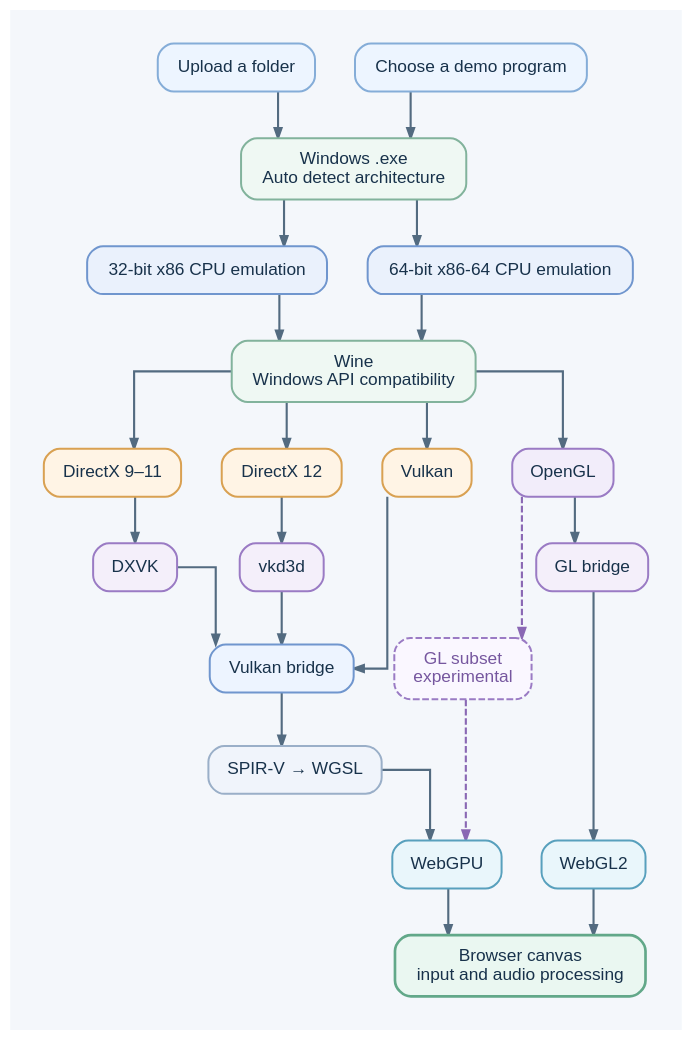
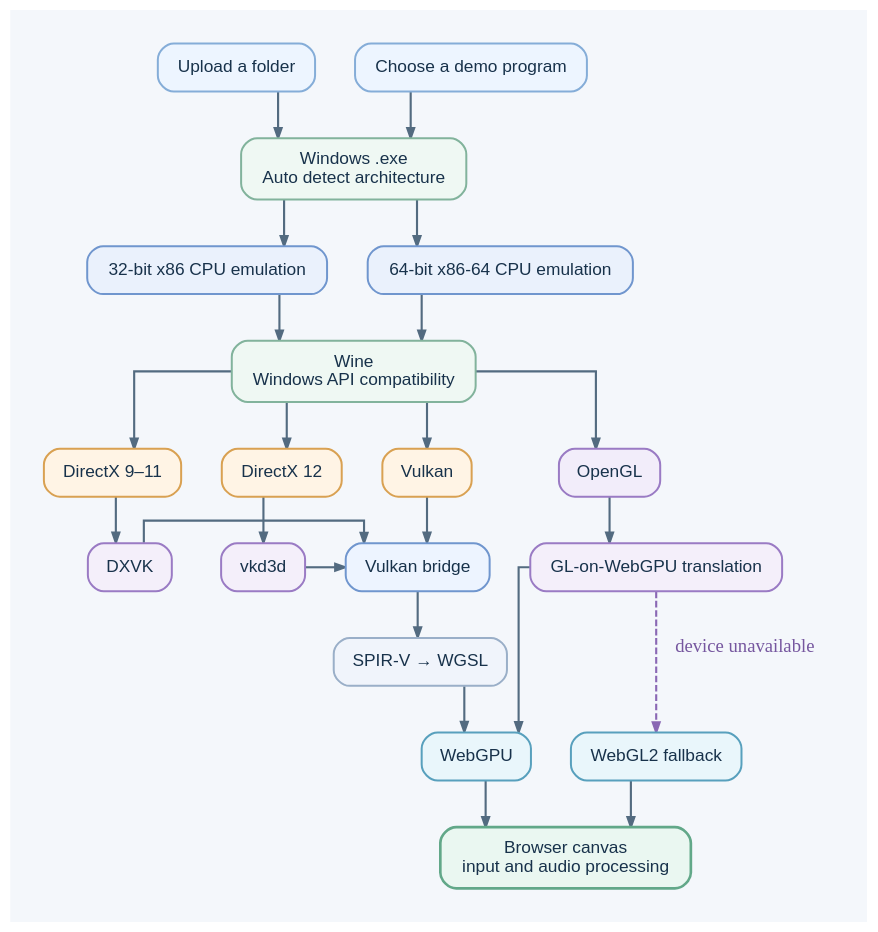
The diagram in docs/images/winbox-flowchart.dot (Kn0tzer/Winbox), drawn with Graphviz before and after one commit. The commit also changed 2 other files, not shown here.

Commit message:
docs: document WebGPU GL backend status

```diff
--- a/docs/images/winbox-flowchart.dot
+++ b/docs/images/winbox-flowchart.dot
@@ -1,81 +1,79 @@
 digraph Winbox {
   graph [
     fontname="Arial",
     bgcolor="#f4f7fb",
     pad=0.35,
     nodesep=0.42,
     ranksep=0.48,
     splines=ortho,
     outputorder=edgesfirst,
     newrank=true
   ];
 
   node [
     shape=box,
     style="rounded,filled",
     fontname="Arial",
     fontsize=13,
     fontcolor="#18324b",
     color="#b6c7d9",
     fillcolor="#ffffff",
     penwidth=1.5,
     margin="0.18,0.12"
   ];
 
   edge [
     color="#536b80",
     penwidth=1.6,
     arrowsize=0.75,
     arrowhead=normal
   ];
 
   folder [label="Upload a folder", fillcolor="#edf5ff", color="#85add8"];
   demo [label="Choose a demo program", fillcolor="#edf5ff", color="#85add8"];
   exe [label="Windows .exe\nAuto detect architecture", fillcolor="#eff8f3", color="#82b39c"];
 
   folder -> exe;
   demo -> exe;
   exe -> x86;
   exe -> x64;
 
   x86 [label="32-bit x86 CPU emulation", fillcolor="#eaf1fc", color="#7096ce"];
   x64 [label="64-bit x86-64 CPU emulation", fillcolor="#eaf1fc", color="#7096ce"];
   wine [label="Wine\nWindows API compatibility", fillcolor="#eff8f3", color="#82b39c"];
   d3d [label="DirectX 9–11", fillcolor="#fff4e5", color="#d9a152"];
   d3d12 [label="DirectX 12", fillcolor="#fff4e5", color="#d9a152"];
   vulkan [label="Vulkan", fillcolor="#fff4e5", color="#d9a152"];
   gl [label="OpenGL", fillcolor="#f2edfa", color="#9a7bc4"];
   dxvk [label="DXVK", fillcolor="#f4effa", color="#9a7bc4"];
   vkd3d [label="vkd3d", fillcolor="#f4effa", color="#9a7bc4"];
   bridge [label="Vulkan bridge", fillcolor="#edf4ff", color="#7096ce"];
   shader [label="SPIR-V → WGSL", fillcolor="#f0f4fb", color="#9aafc8"];
-  glbridge [label="GL bridge", fillcolor="#f4effa", color="#9a7bc4"];
+  glbridge [label="GL-on-WebGPU translation", fillcolor="#f4effa", color="#9a7bc4"];
   webgpu [label="WebGPU", fillcolor="#e9f6fb", color="#58a0bd"];
-  webgl [label="WebGL2", fillcolor="#e9f6fb", color="#58a0bd"];
-  glsubset [label="GL subset\nexperimental", style="rounded,dashed,filled", fillcolor="#faf7ff", color="#9a7bc4", fontcolor="#76579f"];
+  webgl [label="WebGL2 fallback", fillcolor="#e9f6fb", color="#58a0bd"];
   player [label="Browser canvas\ninput and audio processing", fillcolor="#eaf7f1", color="#62a889", penwidth=2];
 
   x86 -> wine;
   x64 -> wine;
   wine -> d3d;
   wine -> d3d12;
   wine -> vulkan;
   wine -> gl;
   d3d -> dxvk -> bridge;
   d3d12 -> vkd3d -> bridge;
   vulkan -> bridge;
   bridge -> shader -> webgpu;
-  gl -> glbridge -> webgl;
-  gl -> glsubset [style=dashed, color="#8a68b4", fontcolor="#76579f"];
-  glsubset -> webgpu [style=dashed, color="#8a68b4"];
+  gl -> glbridge -> webgpu;
+  glbridge -> webgl [style=dashed, color="#8a68b4", fontcolor="#76579f", xlabel="device unavailable"];
   webgpu -> player;
   webgl -> player;
 
   { rank=same; folder; demo; }
   { rank=same; x86; x64; }
   { rank=same; d3d; d3d12; vulkan; gl; }
   { rank=same; dxvk; vkd3d; glbridge; }
-  { rank=same; bridge; glsubset; }
+  { rank=same; bridge; glbridge; }
   { rank=same; shader; }
   { rank=same; webgpu; webgl; }
 }
```
